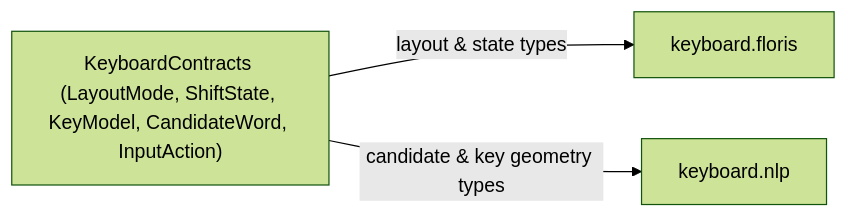
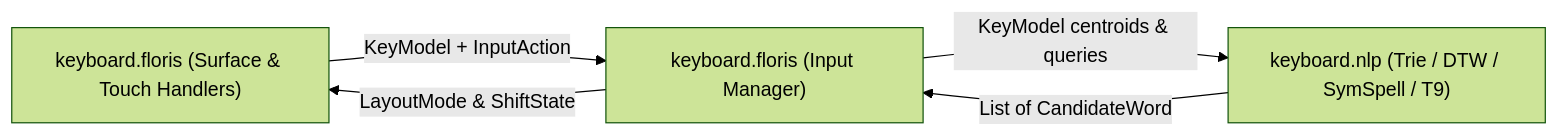
Before and after one commit to tyejaedon/Cover-Screen-OS: the diagram in keyboard-floris/src/main/java/com/tyejaedon/coverscreenos/keyboard/core/contracts/README.md, drawn with Mermaid (forest theme). The commit also changed other lines of this file and 157 other files, not shown here.

````diff
--- a/keyboard-floris/src/main/java/com/tyejaedon/coverscreenos/keyboard/core/contracts/README.md
+++ b/keyboard-floris/src/main/java/com/tyejaedon/coverscreenos/keyboard/core/contracts/README.md
@@ -13,6 +40,7 @@
 ```mermaid
 flowchart LR
-    Contracts["KeyboardContracts (LayoutMode, ShiftState, KeyModel, CandidateWord, InputAction)"]
-    Contracts -->|"layout & state types"| Floris["keyboard.floris"]
-    Contracts -->|"candidate & key geometry types"| NLP["keyboard.nlp"]
+    UI["keyboard.floris (Surface & Touch Handlers)"] -->|"KeyModel + InputAction"| Mgr["keyboard.floris (Input Manager)"]
+    Mgr -->|"KeyModel centroids & queries"| NLP["keyboard.nlp (Trie / DTW / SymSpell / T9)"]
+    NLP -->|"List of CandidateWord"| Mgr
+    Mgr -->|"LayoutMode & ShiftState"| UI
 ```
````
